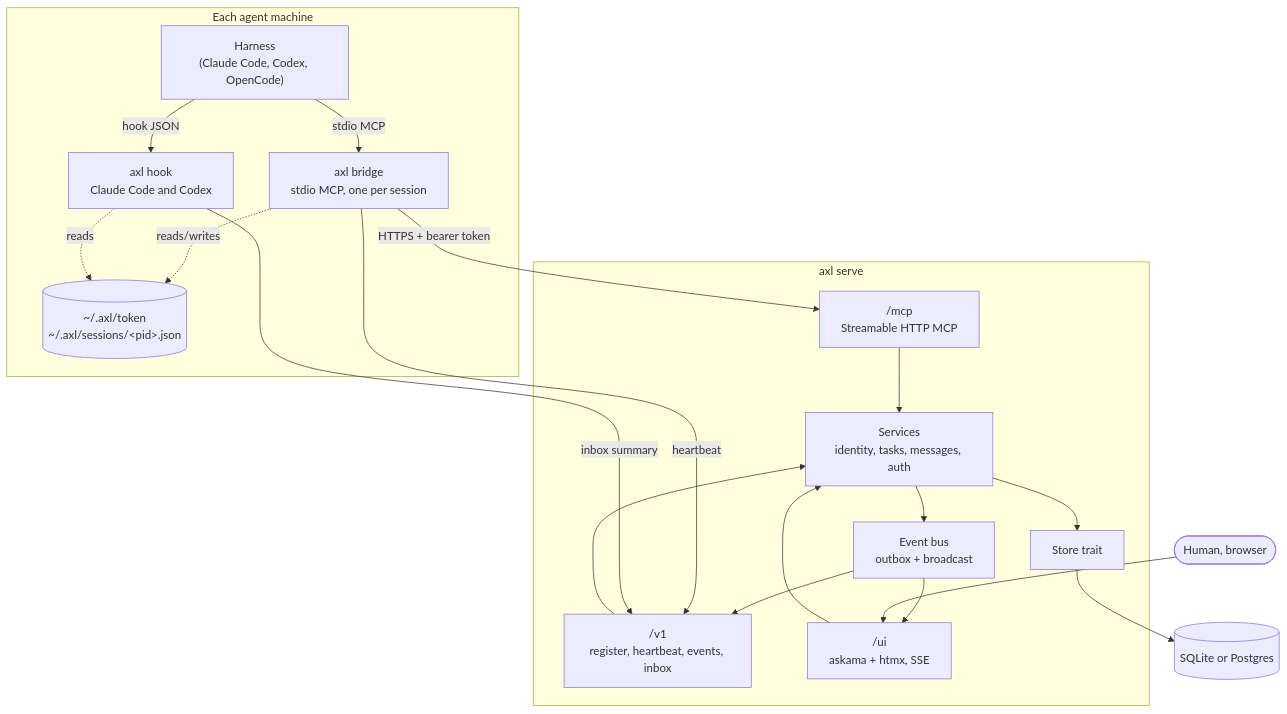
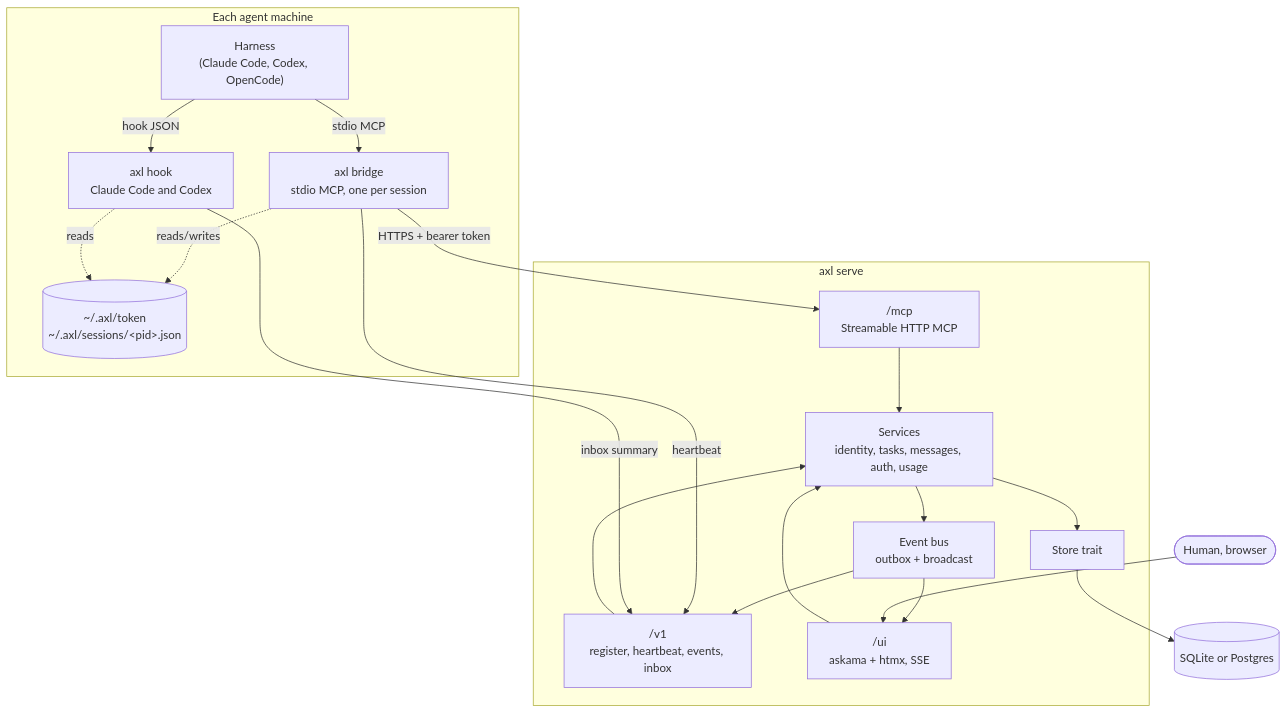
The first of 2 diagrams in docs/architecture.md (ReyemTech/axle), drawn with Mermaid before and after one commit. The commit also changed other lines of this file and 4 other files, not shown here.

Commit message:
docs: list POST /v1/usage, the SessionEnd timeout and re-install, and usage in services

````diff
--- a/docs/architecture.md
+++ b/docs/architecture.md
@@ -8,34 +8,34 @@
 ```mermaid
 flowchart TB
     subgraph host["Each agent machine"]
         H["Harness<br/>(Claude Code, Codex, OpenCode)"]
         B["axl bridge<br/>stdio MCP, one per session"]
         K["axl hook<br/>Claude Code and Codex"]
         F[("~/.axl/token<br/>~/.axl/sessions/&lt;pid&gt;.json")]
         H -- "stdio MCP" --> B
         H -- "hook JSON" --> K
         B -. reads/writes .-> F
         K -. reads .-> F
     end
     subgraph server["axl serve"]
         MCP["/mcp<br/>Streamable HTTP MCP"]
         V1["/v1<br/>register, heartbeat, events, inbox"]
         UI["/ui<br/>askama + htmx, SSE"]
-        SVC["Services<br/>identity, tasks, messages, auth"]
+        SVC["Services<br/>identity, tasks, messages, auth, usage"]
         BUS["Event bus<br/>outbox + broadcast"]
         ST["Store trait"]
         MCP --> SVC
         V1 --> SVC
         UI --> SVC
         SVC --> ST
         SVC --> BUS
         BUS --> V1
         BUS --> UI
     end
     DB[("SQLite or Postgres")]
     B -- "HTTPS + bearer token" --> MCP
     B -- "heartbeat" --> V1
     K -- "inbox summary" --> V1
     ST --> DB
     Human(["Human, browser"]) --> UI
 ```
````
